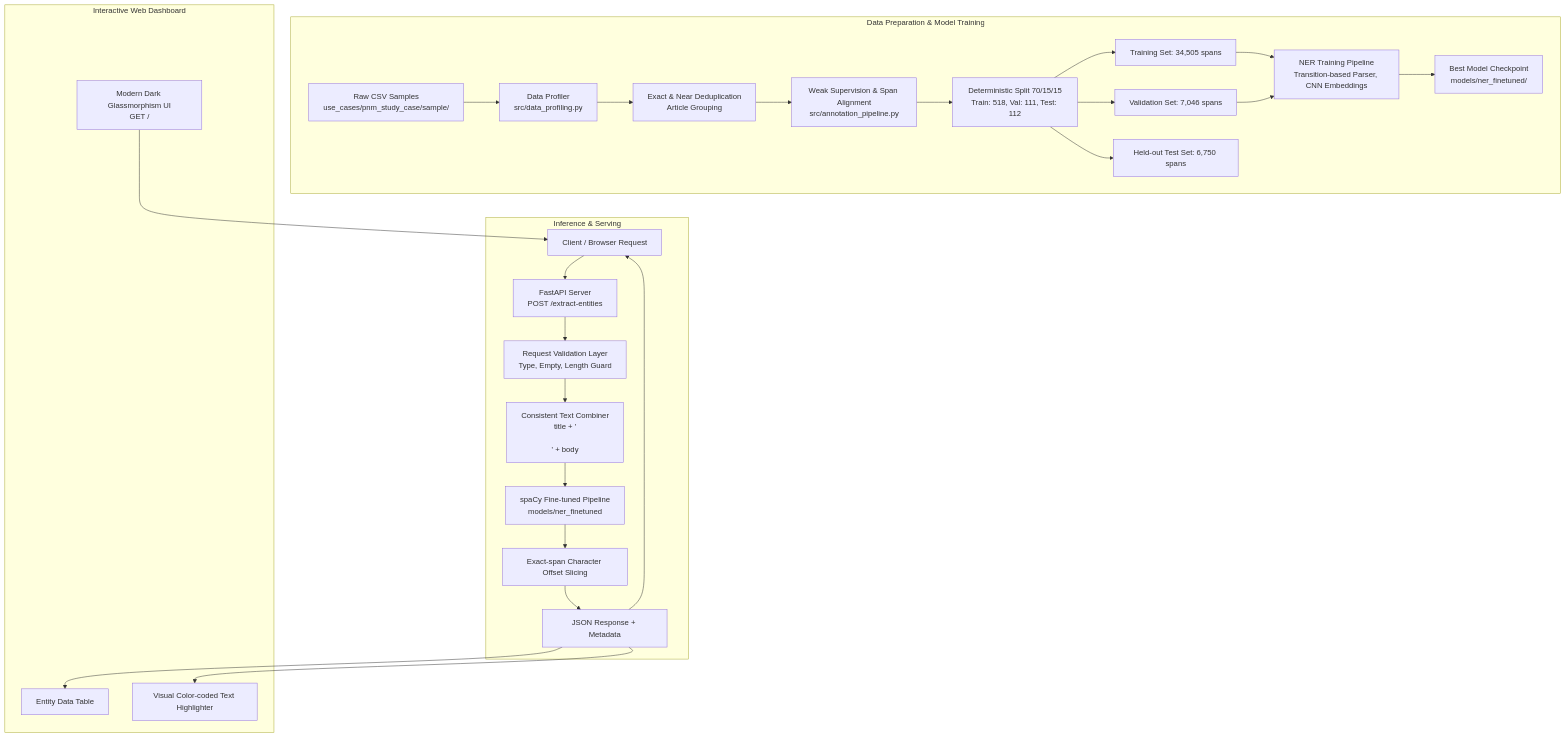
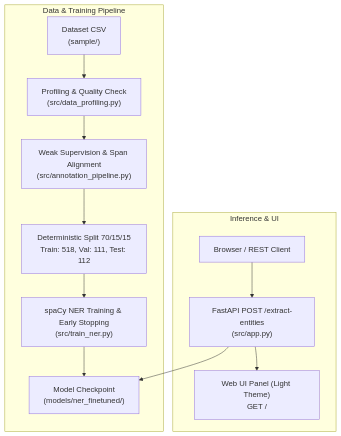
The diagram in README.md (Ardhana-Hidayat/Article-Named-Entity-Recognition-Service), drawn with Mermaid before and after one commit. The commit also changed other lines of this file and 9 other files, not shown here.

Commit message:
feat: implement article named entity recognition service with annotation pipeline, training scripts, and web UI

````diff
--- a/README.md
+++ b/README.md
@@ -11,31 +9,16 @@
 ```mermaid
 flowchart TD
-    subgraph Data_Pipeline ["Data Preparation & Model Training"]
-        CSV["Raw CSV Samples<br/>use_cases/pnm_study_case/sample/"] --> Profiler["Data Profiler<br/>src/data_profiling.py"]
-        Profiler --> Deduplication["Exact & Near Deduplication<br/>Article Grouping"]
-        Deduplication --> PreAnnotator["Weak Supervision & Span Alignment<br/>src/annotation_pipeline.py"]
+    subgraph Pipeline ["Data & Training Pipeline"]
+        CSV["Dataset CSV<br/>(sample/)"] --> Profiler["Profiling & Quality Check<br/>(src/data_profiling.py)"]
+        Profiler --> PreAnnotator["Weak Supervision & Span Alignment<br/>(src/annotation_pipeline.py)"]
         PreAnnotator --> Splitter["Deterministic Split 70/15/15<br/>Train: 518, Val: 111, Test: 112"]
-        Splitter --> TrainSet["Training Set: 34,505 spans"]
-        Splitter --> ValSet["Validation Set: 7,046 spans"]
-        Splitter --> TestSet["Held-out Test Set: 6,750 spans"]
-        TrainSet --> Trainer["NER Training Pipeline<br/>Transition-based Parser, CNN Embeddings"]
-        ValSet --> Trainer
-        Trainer --> BestModel["Best Model Checkpoint<br/>models/ner_finetuned/"]
+        Splitter --> Trainer["spaCy NER Training & Early Stopping<br/>(src/train_ner.py)"]
+        Trainer --> BestModel["Model Checkpoint<br/>(models/ner_finetuned/)"]
     end
 
-    subgraph Service_Runtime ["Inference & Serving"]
-        ClientReq["Client / Browser Request"] --> FastAPI["FastAPI Server<br/>POST /extract-entities"]
-        FastAPI --> Validator["Request Validation Layer<br/>Type, Empty, Length Guard"]
-        Validator --> Combiner["Consistent Text Combiner<br/>title + '\n\n' + body"]
-        Combiner --> NERModel["spaCy Fine-tuned Pipeline<br/>models/ner_finetuned"]
-        NERModel --> OffsetVerifier["Exact-span Character Offset Slicing"]
-        OffsetVerifier --> JSONResp["JSON Response + Metadata"]
-        JSONResp --> ClientReq
-    end
-
-    subgraph User_Interface ["Interactive Web Dashboard"]
-        BrowserUI["Modern Dark Glassmorphism UI<br/>GET /"] --> ClientReq
-        JSONResp --> RenderTable["Entity Data Table"]
-        JSONResp --> Highlighter["Visual Color-coded Text Highlighter"]
+    subgraph Service ["Inference & UI"]
+        Client["Browser / REST Client"] --> API["FastAPI POST /extract-entities<br/>(src/app.py)"]
+        API --> BestModel
+        API --> UI["Web UI Panel (Light Theme)<br/>GET /"]
     end
 ```
````
